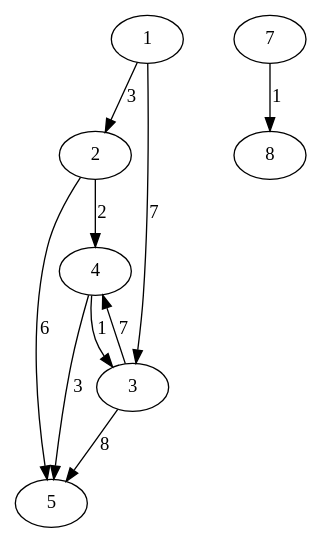
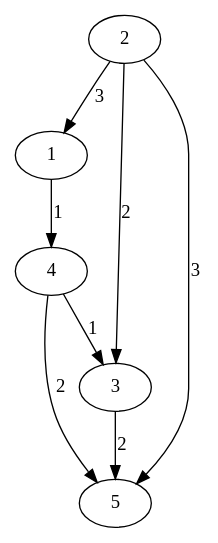
The diagram in g.dot (RuojunHong/GnomenWald), drawn with Graphviz before and after one commit. The commit also changed 6 other files, not shown here.

```diff
--- a/g.dot
+++ b/g.dot
@@ -1,11 +1,9 @@
 digraph G {
-1->2[label="3"];
-1->3[label="7"];
-2->4[label="2"];
-2->5[label="6"];
-3->5[label="8"];
-3->4[label="7"];
-4->5[label="3"];
+1->4[label="1"];
 4->3[label="1"];
-7->8[label="1"];
+4->5[label="2"];
+2->1[label="3"];
+2->3[label="2"];
+2->5[label="3"];
+3->5[label="2"];
 }
```
